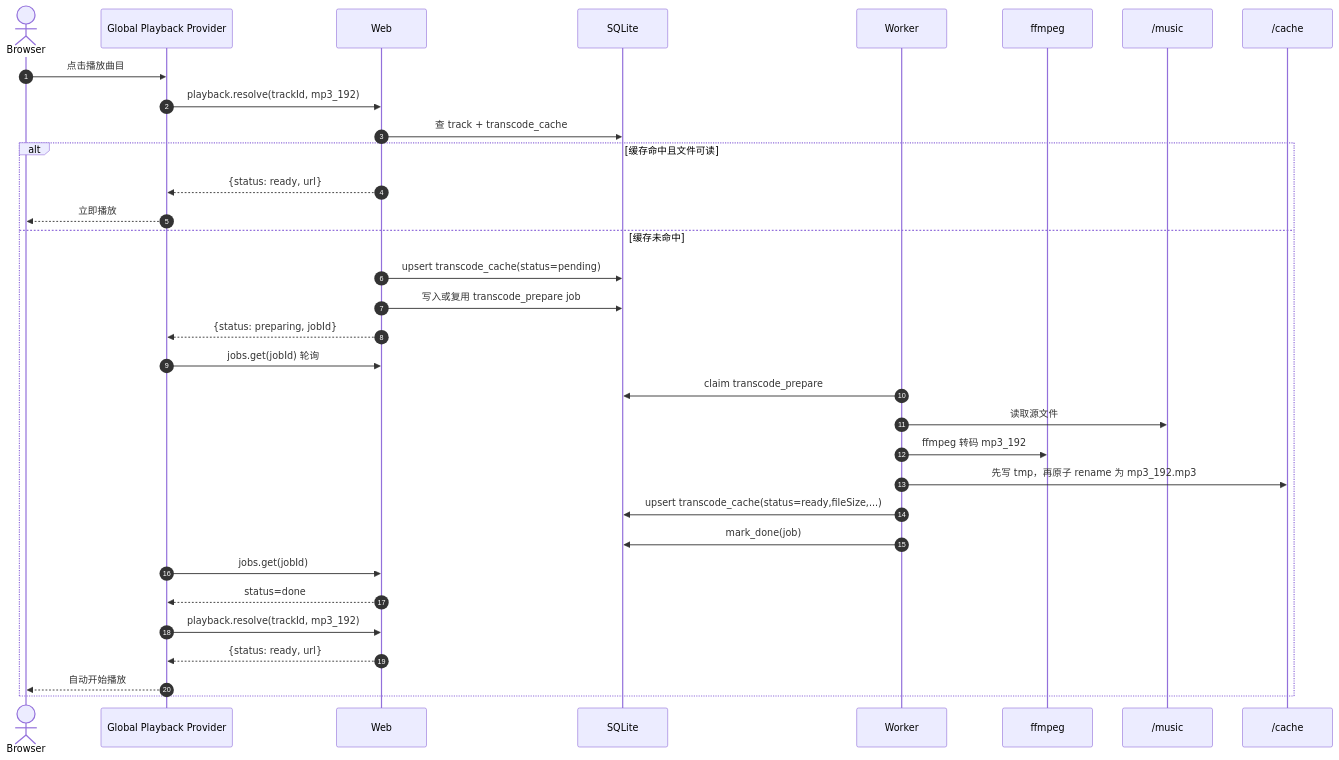
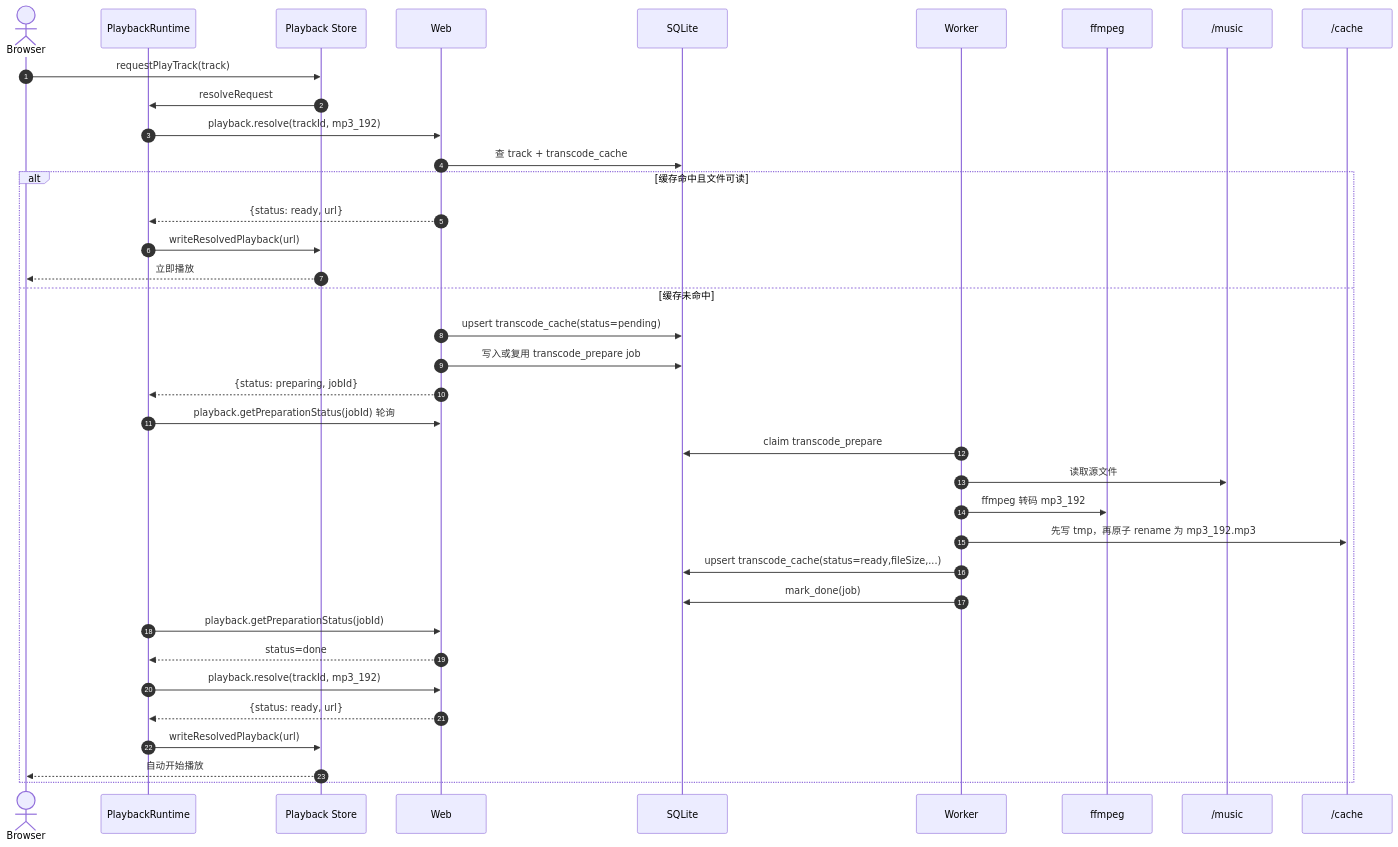
The sixth of 8 diagrams in docs/architecture.md (namehu/music-tagger), drawn with Mermaid before and after one commit. The commit also changed other lines of this file and 29 other files, not shown here.

````diff
--- a/docs/architecture.md
+++ b/docs/architecture.md
@@ -413,38 +416,42 @@
 ```mermaid
 sequenceDiagram
   autonumber
   actor U as Browser
-  participant GP as Global Playback Provider
+  participant RT as PlaybackRuntime
+  participant Store as Playback Store
   participant W as Web
   participant DB as SQLite
   participant WK as Worker
   participant FF as ffmpeg
   participant Music as /music
   participant Cache as /cache
 
-  U->>GP: 点击播放曲目
-  GP->>W: playback.resolve(trackId, mp3_192)
+  U->>Store: requestPlayTrack(track)
+  Store->>RT: resolveRequest
+  RT->>W: playback.resolve(trackId, mp3_192)
   W->>DB: 查 track + transcode_cache
   alt 缓存命中且文件可读
-    W-->>GP: {status: ready, url}
-    GP-->>U: 立即播放
+    W-->>RT: {status: ready, url}
+    RT->>Store: writeResolvedPlayback(url)
+    Store-->>U: 立即播放
   else 缓存未命中
     W->>DB: upsert transcode_cache(status=pending)
     W->>DB: 写入或复用 transcode_prepare job
-    W-->>GP: {status: preparing, jobId}
-    GP->>W: jobs.get(jobId) 轮询
+    W-->>RT: {status: preparing, jobId}
+    RT->>W: playback.getPreparationStatus(jobId) 轮询
 
     WK->>DB: claim transcode_prepare
     WK->>Music: 读取源文件
     WK->>FF: ffmpeg 转码 mp3_192
     WK->>Cache: 先写 tmp，再原子 rename 为 mp3_192.mp3
     WK->>DB: upsert transcode_cache(status=ready,fileSize,...)
     WK->>DB: mark_done(job)
 
-    GP->>W: jobs.get(jobId)
-    W-->>GP: status=done
-    GP->>W: playback.resolve(trackId, mp3_192)
-    W-->>GP: {status: ready, url}
-    GP-->>U: 自动开始播放
+    RT->>W: playback.getPreparationStatus(jobId)
+    W-->>RT: status=done
+    RT->>W: playback.resolve(trackId, mp3_192)
+    W-->>RT: {status: ready, url}
+    RT->>Store: writeResolvedPlayback(url)
+    Store-->>U: 自动开始播放
   end
 ```
````
